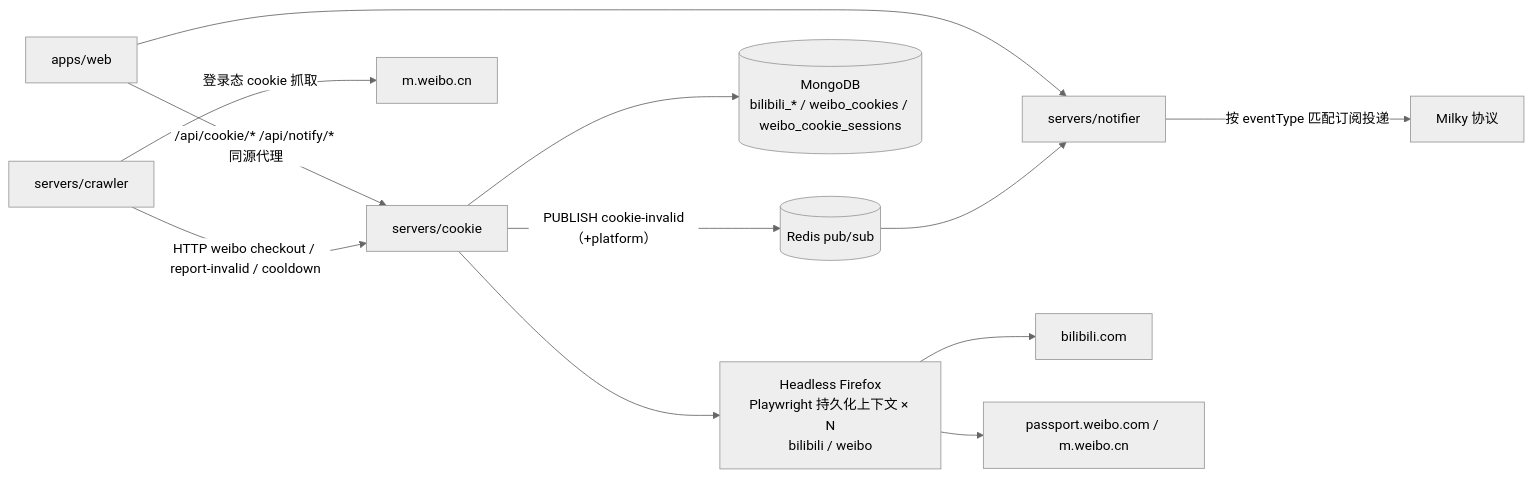
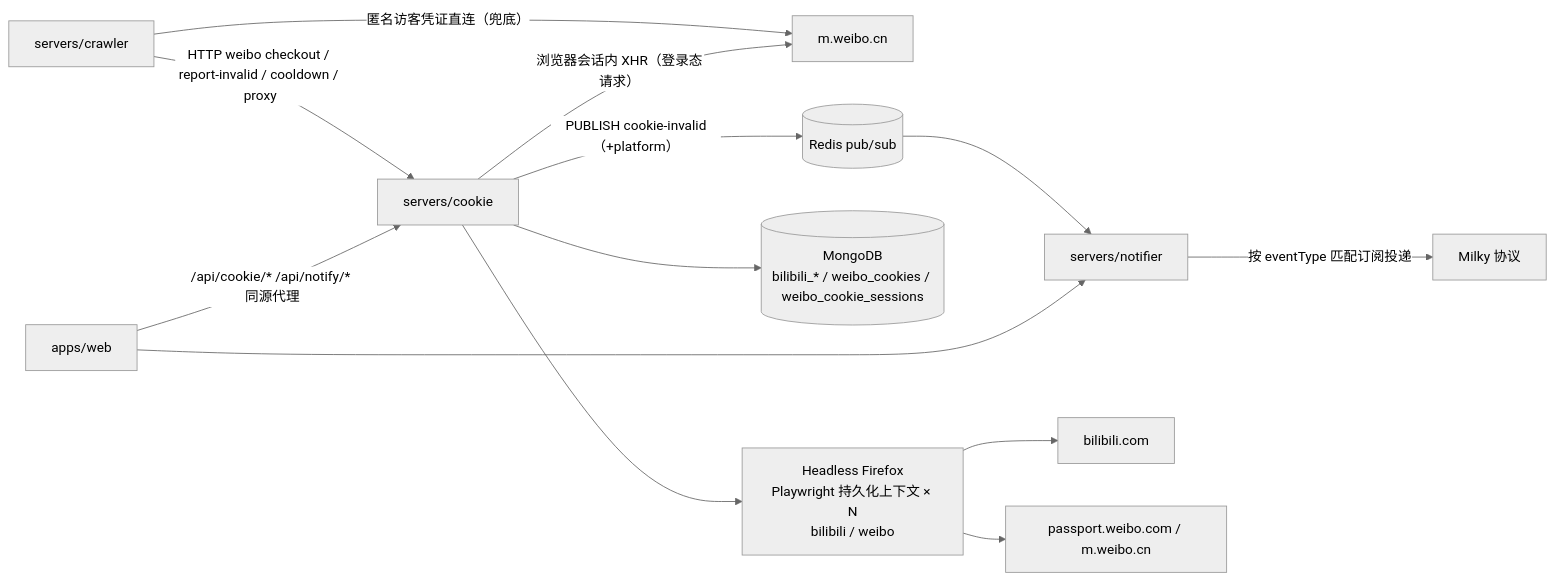
The first of 4 diagrams in docs/engineering/proposals/20260913-proposal-weibo-cookie-crawl.md (Deliay/z-vtuber), drawn with Mermaid (neutral theme) before and after one commit. The commit also changed other lines of this file and 2 other files, not shown here.

Commit message:
docs: route weibo login-state requests through cookie-service proxy xhr

````diff
--- a/docs/engineering/proposals/20260913-proposal-weibo-cookie-crawl.md
+++ b/docs/engineering/proposals/20260913-proposal-weibo-cookie-crawl.md
@@ -36,14 +38,15 @@
 ```mermaid
 graph LR
     Web[apps/web] -->|/api/cookie/* /api/notify/* 同源代理| CK[servers/cookie]
     Web --> NT[servers/notifier]
-    Crawler[servers/crawler] -->|HTTP weibo checkout / report-invalid / cooldown| CK
-    Crawler -->|登录态 cookie 抓取| WB[m.weibo.cn]
+    Crawler[servers/crawler] -->|HTTP weibo checkout / report-invalid / cooldown / proxy| CK
+    CK -->|浏览器会话内 XHR（登录态请求）| WB[m.weibo.cn]
+    Crawler -->|匿名访客凭证直连（兜底）| WB
     CK --> FF[Headless Firefox<br/>Playwright 持久化上下文 × N<br/>bilibili / weibo]
     FF --> BILI[bilibili.com]
     FF --> WBP[passport.weibo.com / m.weibo.cn]
     CK --> M[(MongoDB<br/>bilibili_* / weibo_cookies / weibo_cookie_sessions)]
     CK -->|PUBLISH cookie-invalid（+platform）| R[(Redis pub/sub)]
     R --> NT
     NT -->|按 eventType 匹配订阅投递| Milky[Milky 协议]
 ```
````
